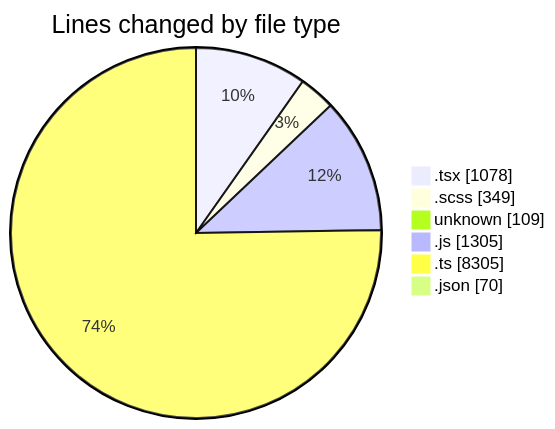
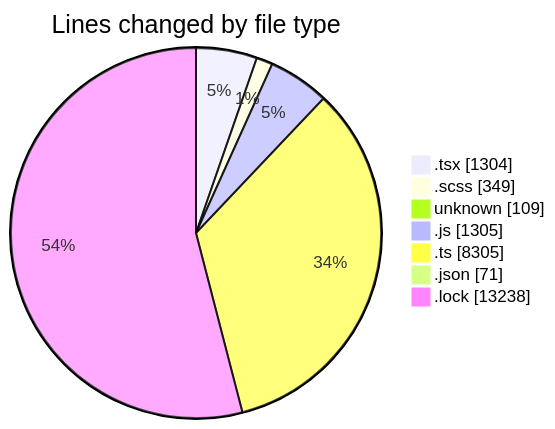
One commit to momahboobian/code-tracking changed the first of 2 diagrams in 2026-04-16/cda/README.md. Above: the diagram before and after it, drawn with Mermaid. The commit also changed other lines of this file and 1 other file, not shown here.

````diff
--- a/2026-04-16/cda/README.md
+++ b/2026-04-16/cda/README.md
@@ -37,10 +40,11 @@
 ```mermaid
 pie showData
 title Lines changed by file type
-".tsx" : 1078
+".tsx" : 1304
 ".scss" : 349
 "unknown" : 109
 ".js" : 1305
 ".ts" : 8305
-".json" : 70
+".json" : 71
+".lock" : 13238
 ```
````
